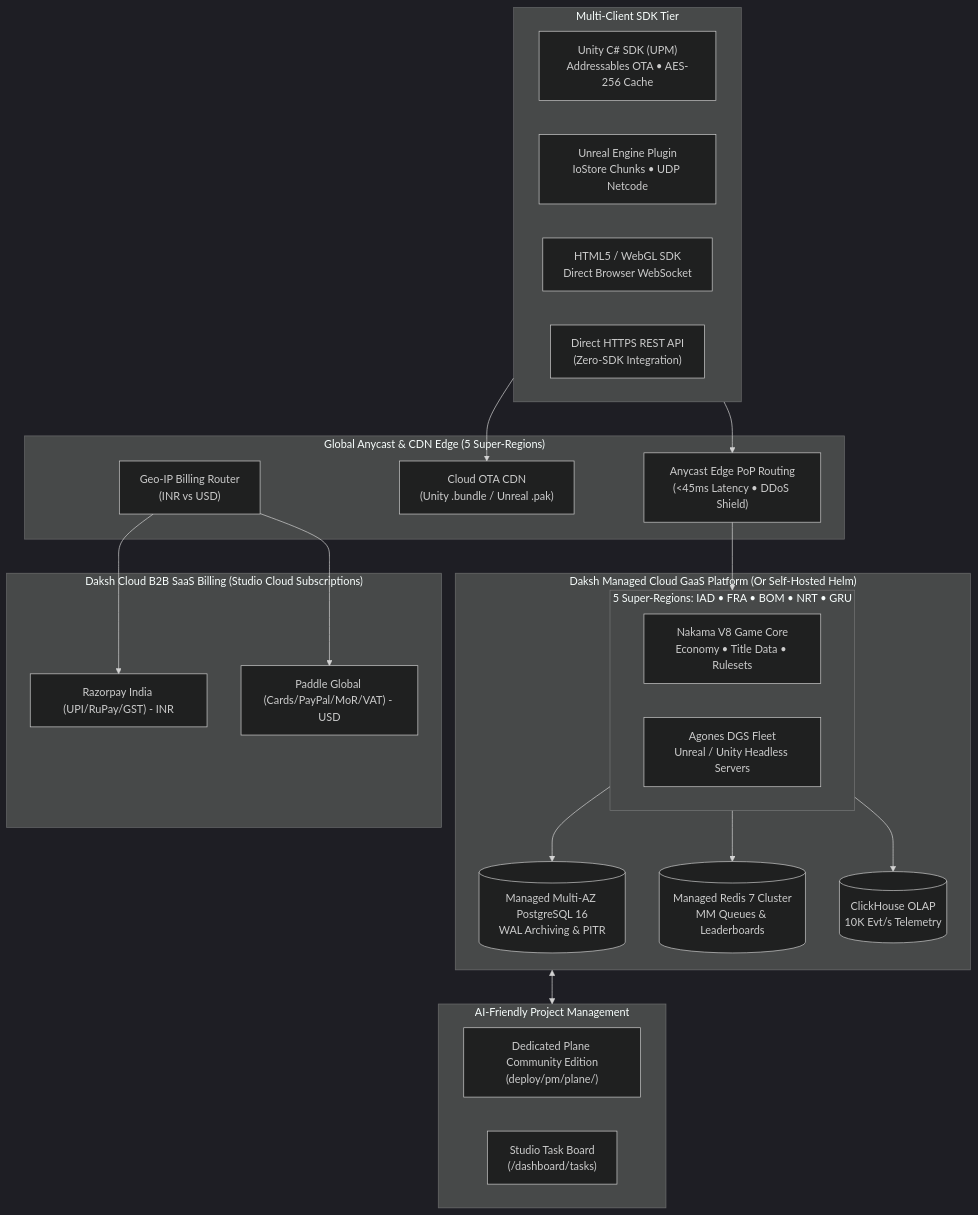
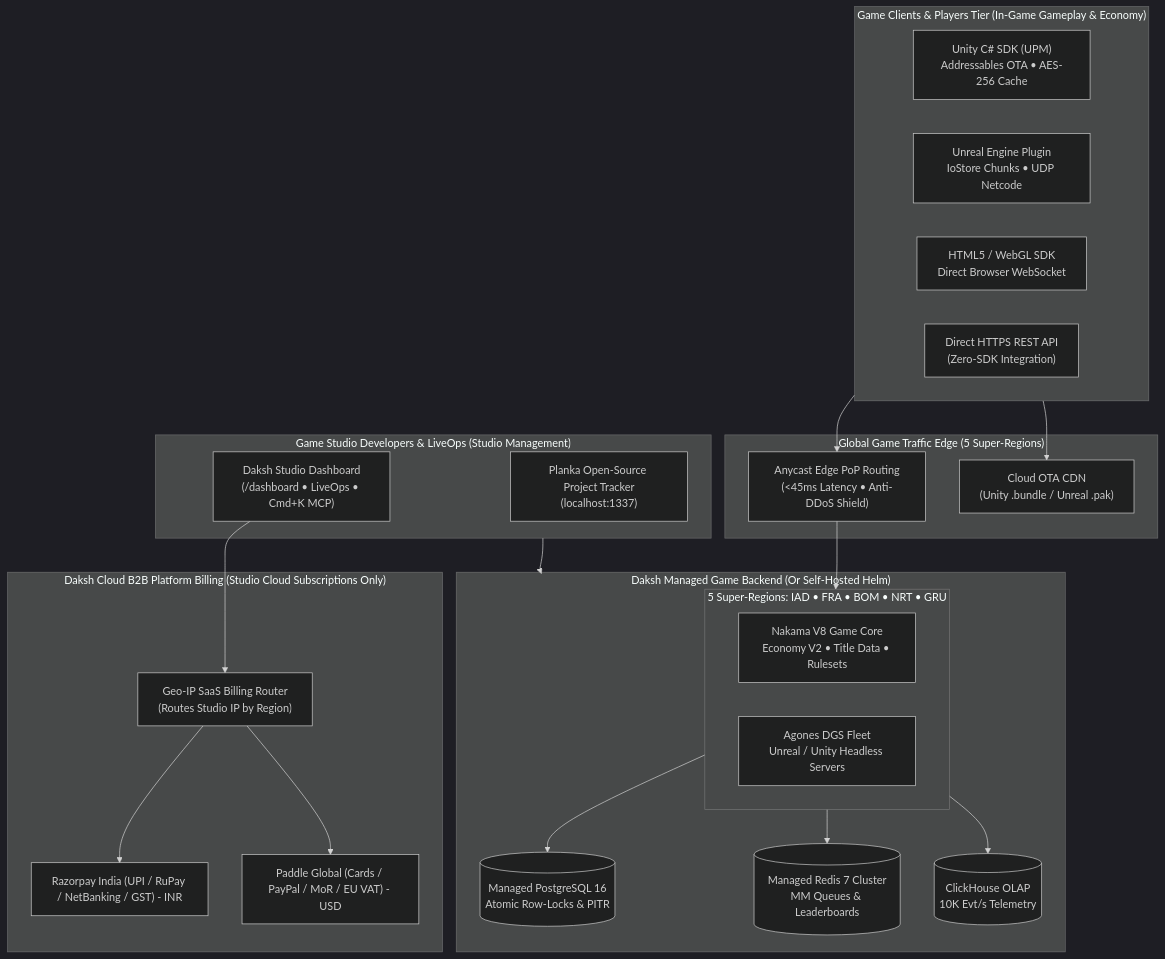
The diagram in README.md (ingeniidigital-hue/daksh), drawn with Mermaid (dark theme) before and after one commit.

Commit message:
docs: decouple game client traffic from studio cloud subscription billing in architecture diagram

````diff
--- a/README.md
+++ b/README.md
@@ -35,45 +35,51 @@
 ```mermaid
 flowchart TD
-    subgraph CLIENTS["Multi-Client SDK Tier"]
+    %% PLAYER & GAME CLIENT FLOW
+    subgraph CLIENTS["Game Clients & Players Tier (In-Game Gameplay & Economy)"]
         U3D["Unity C# SDK (UPM)<br>Addressables OTA • AES-256 Cache"]
         UE5["Unreal Engine Plugin<br>IoStore Chunks • UDP Netcode"]
         HTML["HTML5 / WebGL SDK<br>Direct Browser WebSocket"]
         REST["Direct HTTPS REST API<br>(Zero-SDK Integration)"]
     end
 
-    subgraph EDGE["Global Anycast & CDN Edge (5 Super-Regions)"]
-        ANY["Anycast Edge PoP Routing<br>(&lt;45ms Latency • DDoS Shield)"]
+    subgraph EDGE["Global Game Traffic Edge (5 Super-Regions)"]
+        ANY["Anycast Edge PoP Routing<br>(&lt;45ms Latency • Anti-DDoS Shield)"]
         CDN["Cloud OTA CDN<br>(Unity .bundle / Unreal .pak)"]
-        GEO["Geo-IP Billing Router<br>(INR vs USD)"]
     end
 
-    subgraph MANAGED_CLOUD["Daksh Managed Cloud GaaS Platform (Or Self-Hosted Helm)"]
+    subgraph MANAGED_CLOUD["Daksh Managed Game Backend (Or Self-Hosted Helm)"]
         subgraph REGIONS["5 Super-Regions: IAD • FRA • BOM • NRT • GRU"]
-            CORE["Nakama V8 Game Core<br>Economy • Title Data • Rulesets"]
+            CORE["Nakama V8 Game Core<br>Economy V2 • Title Data • Rulesets"]
             AGONES["Agones DGS Fleet<br>Unreal / Unity Headless Servers"]
         end
-        PG[("Managed Multi-AZ PostgreSQL 16<br>WAL Archiving & PITR")]
+        PG[("Managed PostgreSQL 16<br>Atomic Row-Locks & PITR")]
         RD[("Managed Redis 7 Cluster<br>MM Queues & Leaderboards")]
         CH[("ClickHouse OLAP<br>10K Evt/s Telemetry")]
     end
 
-    subgraph PM["AI-Friendly Project Management"]
-        PLANE["Dedicated Plane Community Edition<br>(deploy/pm/plane/)"]
-        IN_APP["Studio Task Board<br>(/dashboard/tasks)"]
+    %% STUDIO DEVELOPER & CLOUD SERVICE BILLING FLOW
+    subgraph STUDIO["Game Studio Developers & LiveOps (Studio Management)"]
+        DASH["Daksh Studio Dashboard<br>(/dashboard • LiveOps • Cmd+K MCP)"]
+        PLANKA["Planka Open-Source Project Tracker<br>(localhost:1337)"]
     end
 
-    subgraph BILLING["Daksh Cloud B2B SaaS Billing (Studio Cloud Subscriptions)"]
-        RZP["Razorpay India (UPI/RuPay/GST) - INR"]
-        PDL["Paddle Global (Cards/PayPal/MoR/VAT) - USD"]
+    subgraph CLOUD_BILLING["Daksh Cloud B2B Platform Billing (Studio Cloud Subscriptions Only)"]
+        GEO["Geo-IP SaaS Billing Router<br>(Routes Studio IP by Region)"]
+        RZP["Razorpay India (UPI / RuPay / NetBanking / GST) - INR"]
+        PDL["Paddle Global (Cards / PayPal / MoR / EU VAT) - USD"]
     end
 
+    %% CONNECTIONS: PLAYERS
     CLIENTS --> ANY
     CLIENTS --> CDN
     ANY --> REGIONS
     REGIONS --> PG
     REGIONS --> RD
     REGIONS --> CH
+
+    %% CONNECTIONS: STUDIO & CLOUD BILLING
+    STUDIO --> MANAGED_CLOUD
+    DASH --> GEO
     GEO --> RZP
     GEO --> PDL
-    MANAGED_CLOUD <--> PM
 ```
````
